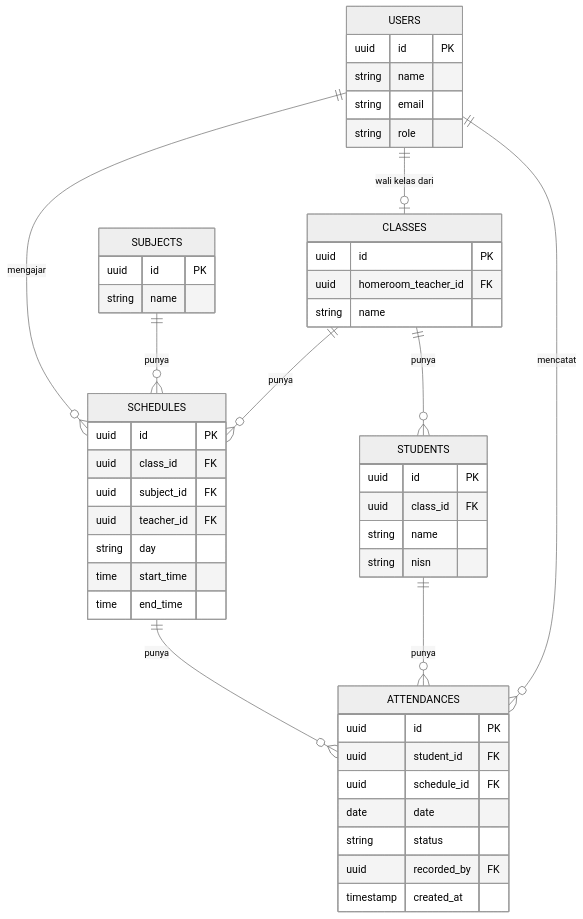
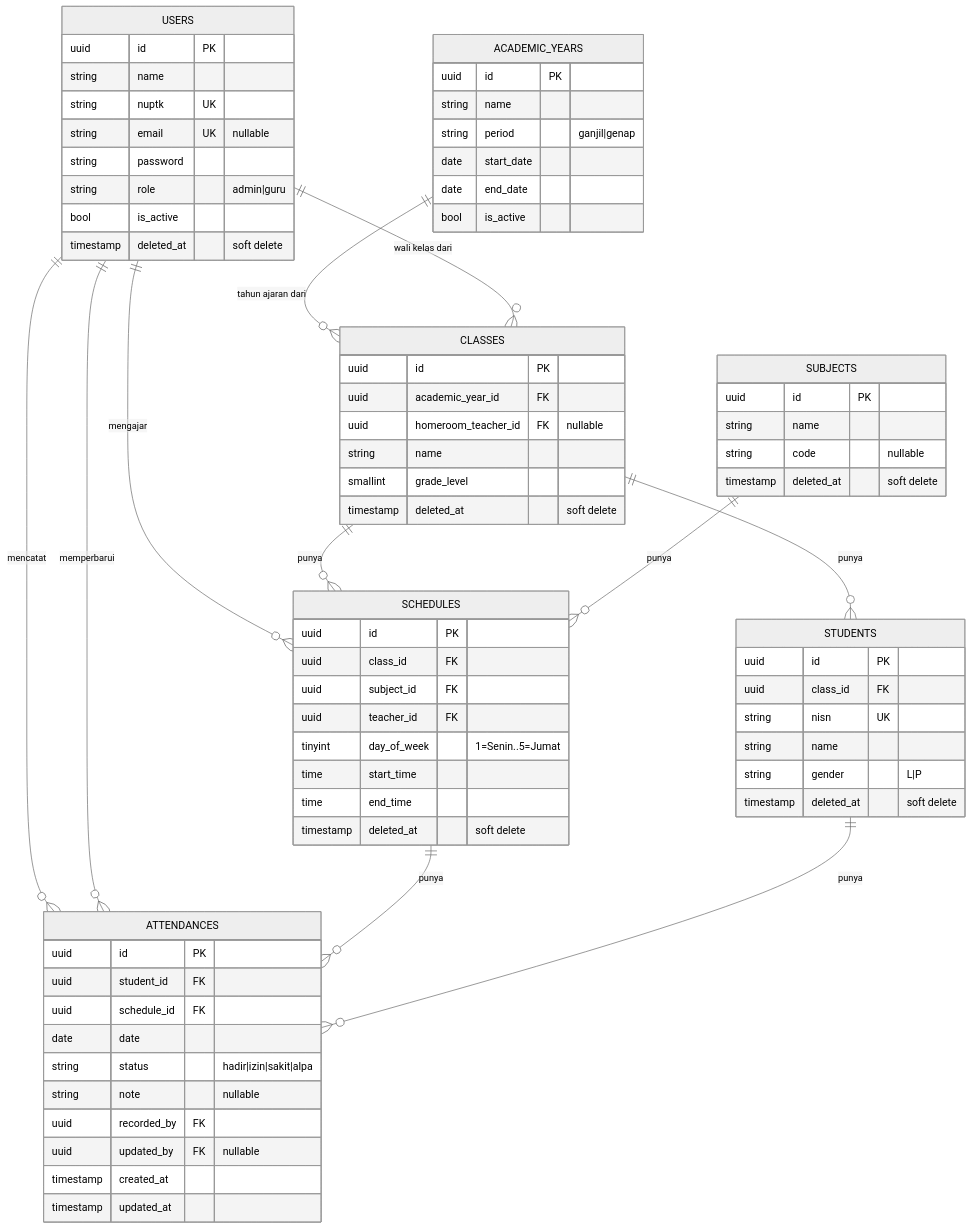
Before and after one commit to Alfaaaa69/absensi-madinatul-ilmi: the diagram in docs/erd.MD, drawn with Mermaid (neutral theme). The commit also changed other lines of this file and 4 other files, not shown here.

````diff
--- a/docs/erd.MD
+++ b/docs/erd.MD
@@ -5,51 +7,76 @@
 ```mermaid
 erDiagram
+  ACADEMIC_YEARS ||--o{ CLASSES : "tahun ajaran dari"
   USERS ||--o{ SCHEDULES : mengajar
-  USERS ||--o| CLASSES : "wali kelas dari"
+  USERS ||--o{ CLASSES : "wali kelas dari"
+  USERS ||--o{ ATTENDANCES : mencatat
+  USERS ||--o{ ATTENDANCES : "memperbarui"
   CLASSES ||--o{ SCHEDULES : punya
   SUBJECTS ||--o{ SCHEDULES : punya
   CLASSES ||--o{ STUDENTS : punya
   SCHEDULES ||--o{ ATTENDANCES : punya
   STUDENTS ||--o{ ATTENDANCES : punya
-  USERS ||--o{ ATTENDANCES : mencatat
 
   USERS {
     uuid id PK
     string name
-    string email
-    string role
+    string nuptk UK
+    string email UK "nullable"
+    string password
+    string role "admin|guru"
+    bool is_active
+    timestamp deleted_at "soft delete"
+  }
+  ACADEMIC_YEARS {
+    uuid id PK
+    string name
+    string period "ganjil|genap"
+    date start_date
+    date end_date
+    bool is_active
   }
   CLASSES {
     uuid id PK
-    uuid homeroom_teacher_id FK
+    uuid academic_year_id FK
+    uuid homeroom_teacher_id FK "nullable"
     string name
+    smallint grade_level
+    timestamp deleted_at "soft delete"
   }
   SUBJECTS {
     uuid id PK
     string name
+    string code "nullable"
+    timestamp deleted_at "soft delete"
   }
   SCHEDULES {
     uuid id PK
     uuid class_id FK
     uuid subject_id FK
     uuid teacher_id FK
-    string day
+    tinyint day_of_week "1=Senin..5=Jumat"
     time start_time
     time end_time
+    timestamp deleted_at "soft delete"
   }
   STUDENTS {
     uuid id PK
     uuid class_id FK
+    string nisn UK
     string name
-    string nisn
+    string gender "L|P"
+    timestamp deleted_at "soft delete"
   }
   ATTENDANCES {
     uuid id PK
     uuid student_id FK
     uuid schedule_id FK
     date date
-    string status
+    string status "hadir|izin|sakit|alpa"
+    string note "nullable"
     uuid recorded_by FK
+    uuid updated_by FK "nullable"
     timestamp created_at
+    timestamp updated_at
   }
 ```
````
